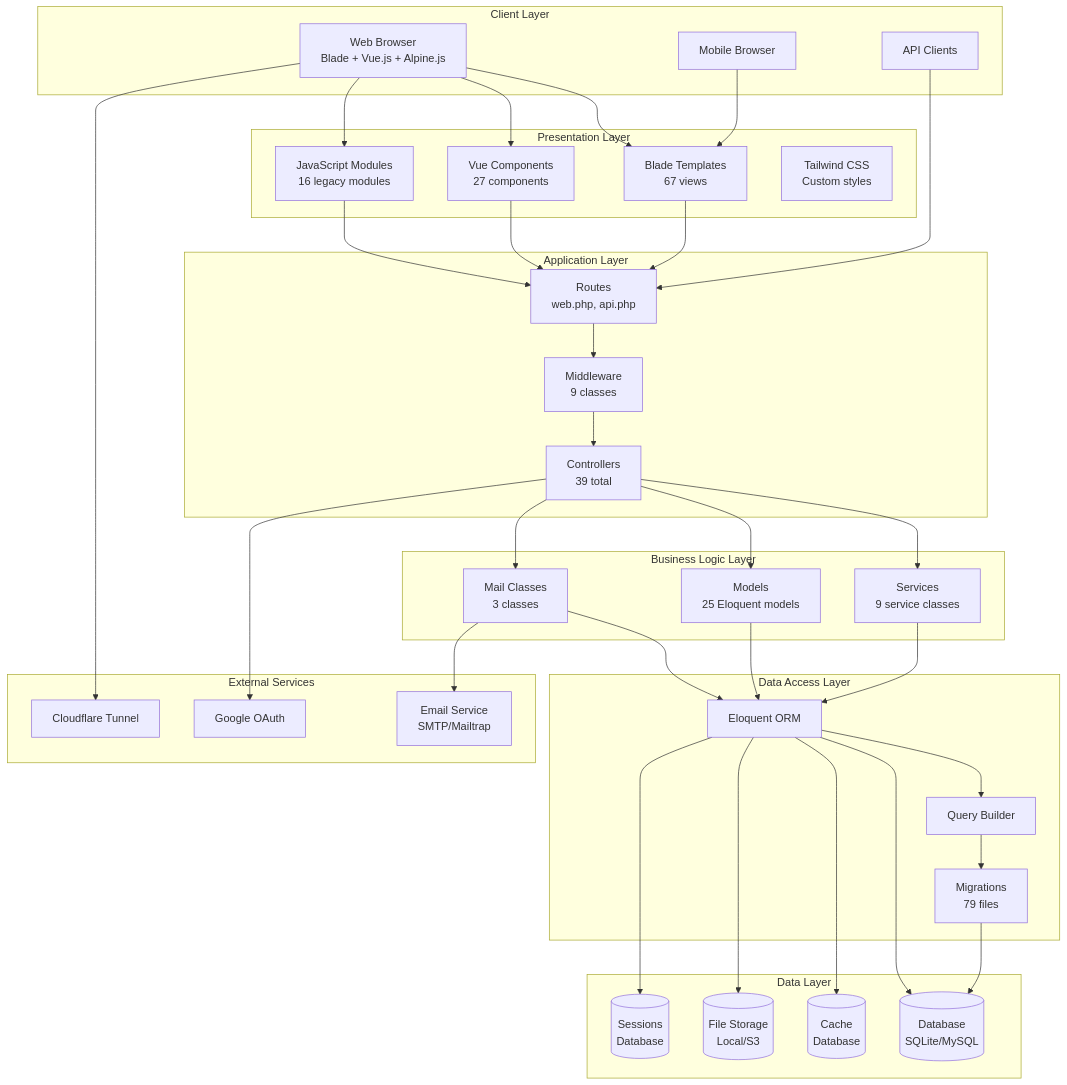
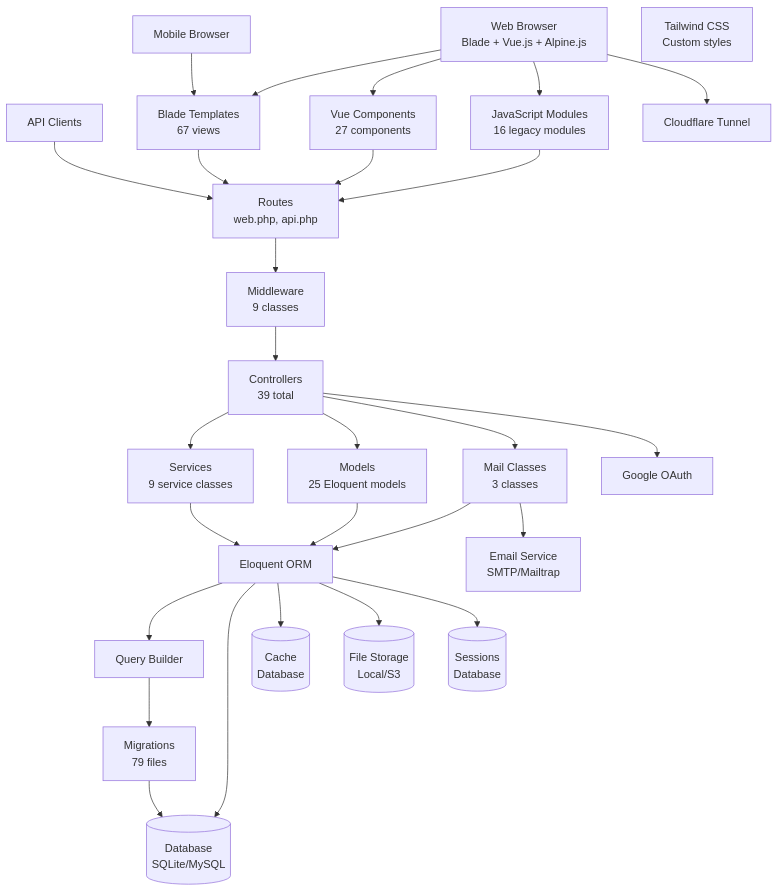
One commit to vd120/laravel_project changed diagram 15 of 28 in UML.md. Above: the diagram before and after it, drawn with Mermaid. The commit also changed other lines of this file, not shown here.

````diff
--- a/UML.md
+++ b/UML.md
@@ -1086,80 +975,53 @@
 ```mermaid
 flowchart TB
-    subgraph "Client Layer"
-        Browser[Web Browser<br/>Blade + Vue.js + Alpine.js]
-        Mobile[Mobile Browser]
-        API[API Clients]
-    end
-
-    subgraph "Presentation Layer"
-        Blade[Blade Templates<br/>67 views]
-        Vue[Vue Components<br/>27 components]
-        JS[JavaScript Modules<br/>16 legacy modules]
-        CSS[Tailwind CSS<br/>Custom styles]
-    end
-
-    subgraph "Application Layer"
-        Routes[Routes<br/>web.php, api.php]
-        Middleware[Middleware<br/>9 classes]
-        Controllers[Controllers<br/>39 total]
-    end
-
-    subgraph "Business Logic Layer"
-        Services[Services<br/>9 service classes]
-        Models[Models<br/>25 Eloquent models]
-        Mail[Mail Classes<br/>3 classes]
-    end
-
-    subgraph "Data Access Layer"
-        Eloquent[Eloquent ORM]
-        QueryBuilder[Query Builder]
-        Migrations[Migrations<br/>79 files]
-    end
-
-    subgraph "Data Layer"
-        Database[(Database<br/>SQLite/MySQL)]
-        Cache[(Cache<br/>Database)]
-        Storage[(File Storage<br/>Local/S3)]
-        Sessions[(Sessions<br/>Database)]
-    end
-
-    subgraph "External Services"
-        Google[Google OAuth]
-        MailService[Email Service<br/>SMTP/Mailtrap]
-        Cloudflare[Cloudflare Tunnel]
-    end
+    Browser[Web Browser<br/>Blade + Vue.js + Alpine.js]
+    Mobile[Mobile Browser]
+    API[API Clients]
+    Blade[Blade Templates<br/>67 views]
+    Vue[Vue Components<br/>27 components]
+    JS[JavaScript Modules<br/>16 legacy modules]
+    CSS[Tailwind CSS<br/>Custom styles]
+    Routes[Routes<br/>web.php, api.php]
+    Middleware[Middleware<br/>9 classes]
+    Controllers[Controllers<br/>39 total]
+    Services[Services<br/>9 service classes]
+    Models[Models<br/>25 Eloquent models]
+    Mail[Mail Classes<br/>3 classes]
+    Eloquent[Eloquent ORM]
+    QueryBuilder[Query Builder]
+    Migrations[Migrations<br/>79 files]
+    Database[(Database<br/>SQLite/MySQL)]
+    Cache[(Cache<br/>Database)]
+    Storage[(File Storage<br/>Local/S3)]
+    Sessions[(Sessions<br/>Database)]
+    Google[Google OAuth]
+    MailService[Email Service<br/>SMTP/Mailtrap]
+    Cloudflare[Cloudflare Tunnel]
 
     Browser --> Blade
     Browser --> Vue
     Browser --> JS
     Mobile --> Blade
     API --> Routes
-
     Blade --> Routes
     Vue --> Routes
     JS --> Routes
-
     Routes --> Middleware
     Middleware --> Controllers
-
     Controllers --> Services
     Controllers --> Models
     Controllers --> Mail
-
     Services --> Eloquent
     Models --> Eloquent
     Mail --> Eloquent
-
     Eloquent --> QueryBuilder
     QueryBuilder --> Migrations
-
     Migrations --> Database
     Eloquent --> Database
     Eloquent --> Cache
     Eloquent --> Storage
     Eloquent --> Sessions
-
     Controllers --> Google
     Mail --> MailService
     Browser --> Cloudflare
 ```
````
